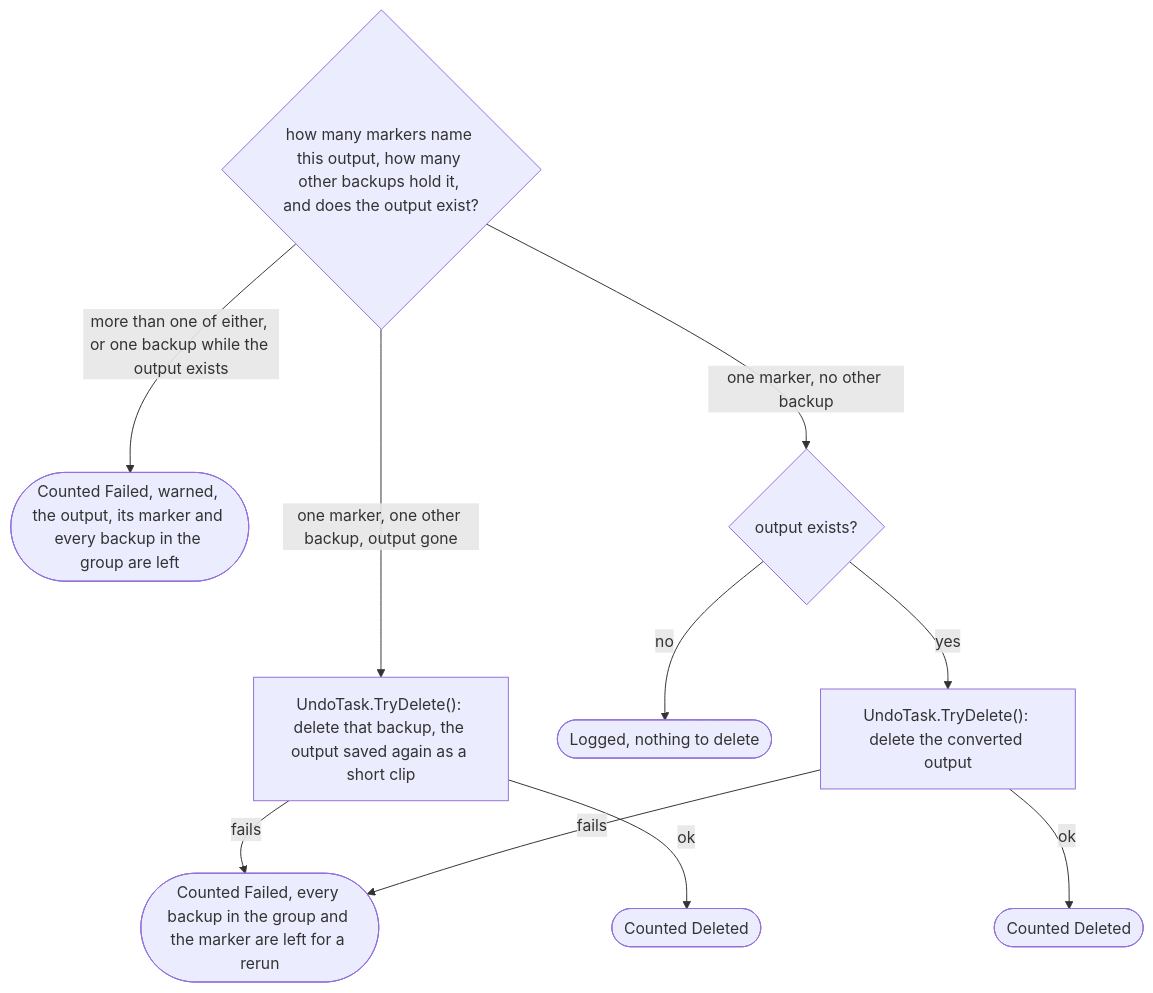
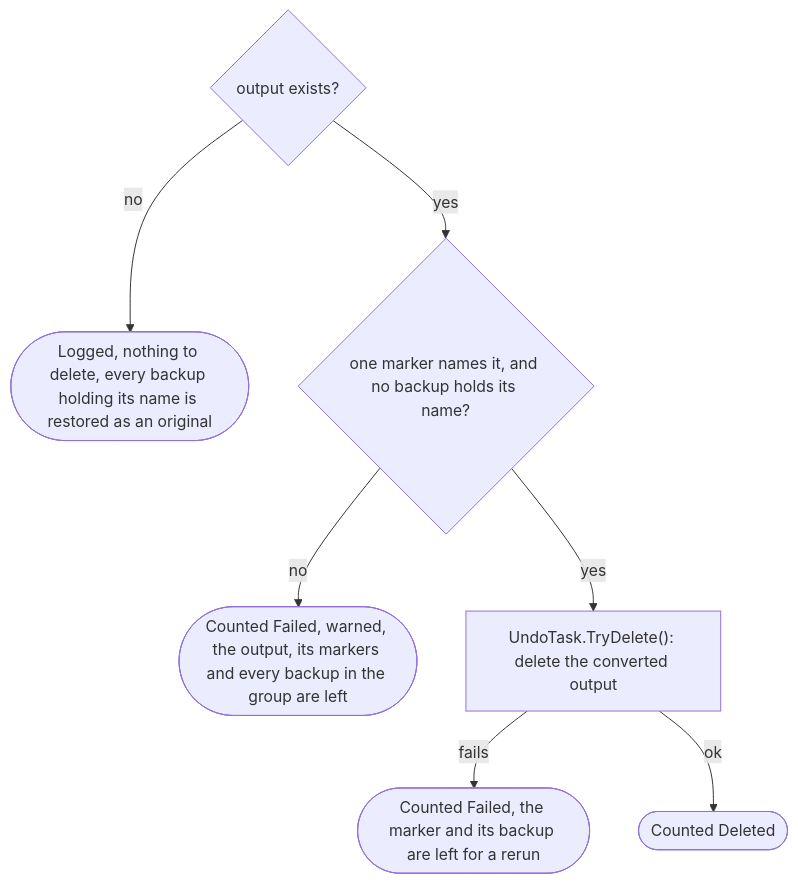
One commit to ptr727/PhotoCleaner changed diagram 20 of 23 in ARCHITECTURE.md. Above: the diagram before and after it, drawn with Mermaid. The commit also changed other lines of this file and 5 other files, not shown here.

First line of the commit message:
Delete a Culled Converted Output Instead of Backing It Up

````diff
--- a/ARCHITECTURE.md
+++ b/ARCHITECTURE.md
@@ -1001,13 +1011,10 @@
 ```mermaid
 flowchart TD
-  C1{"how many markers name this output, how many other backups hold it, and does the output exist?"}
-  C1 -->|"more than one of either, or one backup while the output exists"| C2(["Counted Failed, warned, the output, its marker and every backup in the group are left"])
-  C1 -->|"one marker, one other backup, output gone"| C3["UndoTask.TryDelete(): delete that backup, the output saved again as a short clip"]
-  C3 -->|"fails"| C4(["Counted Failed, every backup in the group and the marker are left for a rerun"])
-  C3 -->|"ok"| C5(["Counted Deleted"])
-  C1 -->|"one marker, no other backup"| C6{"output exists?"}
-  C6 -->|"no"| C7(["Logged, nothing to delete"])
-  C6 -->|"yes"| C8["UndoTask.TryDelete(): delete the converted output"]
-  C8 -->|"fails"| C4
-  C8 -->|"ok"| C9(["Counted Deleted"])
+  C1{"output exists?"}
+  C1 -->|"no"| C2(["Logged, nothing to delete, every backup holding its name is restored as an original"])
+  C1 -->|"yes"| C3{"one marker names it, and no backup holds its name?"}
+  C3 -->|"no"| C4(["Counted Failed, warned, the output, its markers and every backup in the group are left"])
+  C3 -->|"yes"| C5["UndoTask.TryDelete(): delete the converted output"]
+  C5 -->|"fails"| C6(["Counted Failed, the marker and its backup are left for a rerun"])
+  C5 -->|"ok"| C7(["Counted Deleted"])
 ```
````
